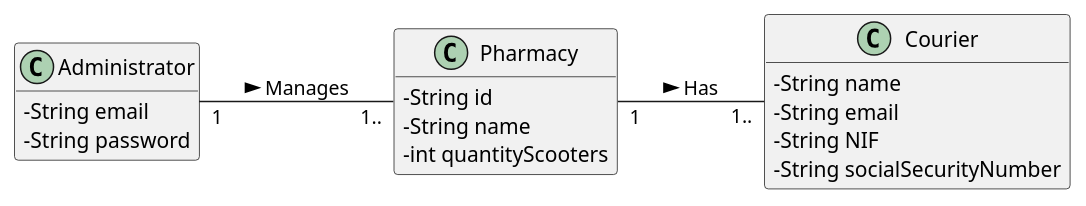
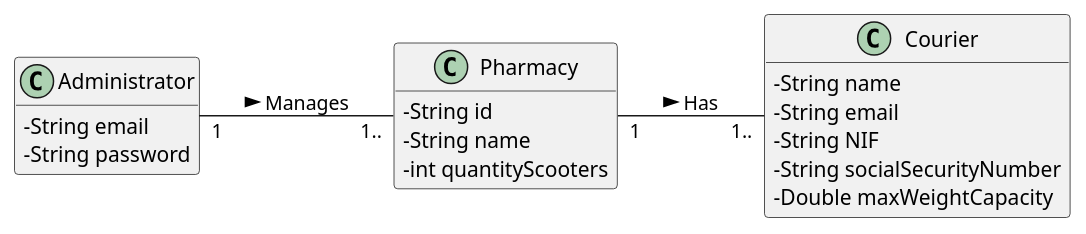
One commit to 1190452/LAPR3 changed the diagram in Documents/UC4/UC4_MD.puml. Above: the diagram before and after it, drawn with PlantUML. The commit also changed 8 other files, not shown here.

```diff
--- a/Documents/UC4/UC4_MD.puml
+++ b/Documents/UC4/UC4_MD.puml
@@ -1,34 +1,35 @@
 @startuml
 skinparam classAttributeIconSize 0
 hide methods
 left to right direction
 
 
 class Administrator {
   -String email
   -String password
 }
 
 
 class Pharmacy {
   -String id
   -String name
   -int quantityScooters
   }
 
 class Courier {
   -String name
   -String email
   -String NIF
   -String socialSecurityNumber
+  -Double maxWeightCapacity
 }
 
 
   
 Pharmacy "1" -- "1.." Courier: Has >
 
 
 Administrator "1" -- "1.." Pharmacy: Manages >
 
 
 @enduml
```
